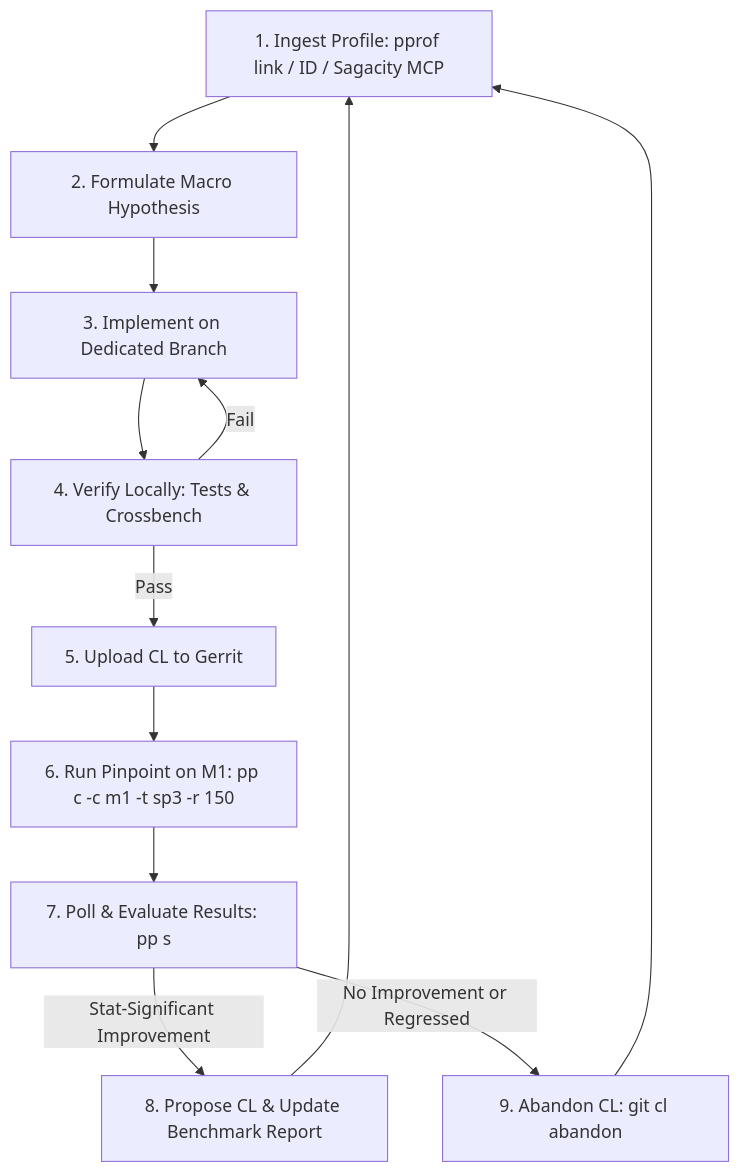
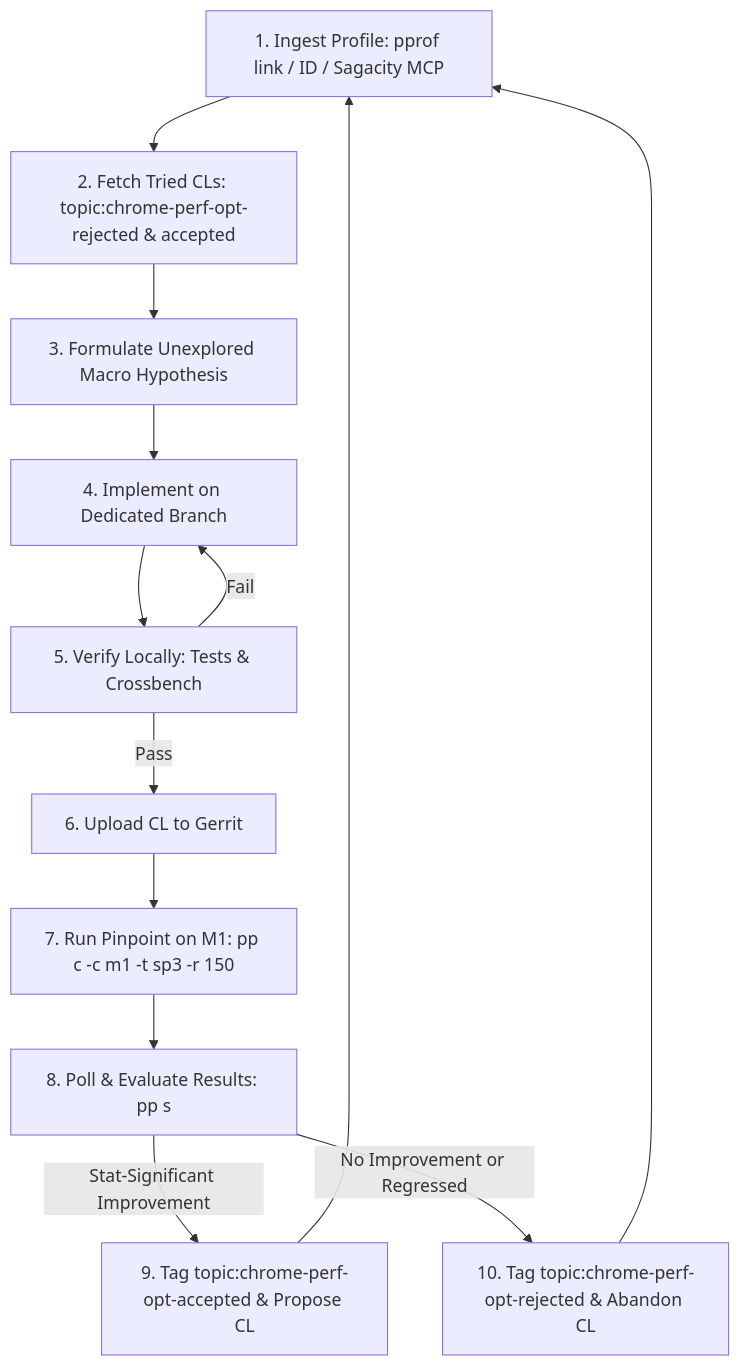
The diagram in agents/skills/chrome-performance-optimizer/SKILL.md (benji-cannot-code/fast-vc-chromium-benchmark-run-4), drawn with Mermaid before and after one commit. The commit also changed other lines of this file and 1 other file, not shown here.

First line of the commit message:
[skills] Update chrome-performance-optimizer to exclude tried CLs and map macro patterns

````diff
--- a/agents/skills/chrome-performance-optimizer/SKILL.md
+++ b/agents/skills/chrome-performance-optimizer/SKILL.md
@@ -25,14 +25,15 @@
 ```mermaid
 graph TD
-    A[1. Ingest Profile: pprof link / ID / Sagacity MCP] --> B[2. Formulate Macro Hypothesis]
-    B --> C[3. Implement on Dedicated Branch]
-    C --> D[4. Verify Locally: Tests & Crossbench]
-    D -->|Fail| C
-    D -->|Pass| E[5. Upload CL to Gerrit]
-    E --> F[6. Run Pinpoint on M1: pp c -c m1 -t sp3 -r 150]
-    F --> G[7. Poll & Evaluate Results: pp s]
-    G -->|Stat-Significant Improvement| H[8. Propose CL & Update Benchmark Report]
-    G -->|No Improvement or Regressed| I[9. Abandon CL: git cl abandon]
-    H --> A
+    A[1. Ingest Profile: pprof link / ID / Sagacity MCP] --> B[2. Fetch Tried CLs: topic:chrome-perf-opt-rejected & accepted]
+    B --> C[3. Formulate Unexplored Macro Hypothesis]
+    C --> D[4. Implement on Dedicated Branch]
+    D --> E[5. Verify Locally: Tests & Crossbench]
+    E -->|Fail| D
+    E -->|Pass| F[6. Upload CL to Gerrit]
+    F --> G[7. Run Pinpoint on M1: pp c -c m1 -t sp3 -r 150]
+    G --> H[8. Poll & Evaluate Results: pp s]
+    H -->|Stat-Significant Improvement| I[9. Tag topic:chrome-perf-opt-accepted & Propose CL]
+    H -->|No Improvement or Regressed| J[10. Tag topic:chrome-perf-opt-rejected & Abandon CL]
     I --> A
+    J --> A
 ```
````
